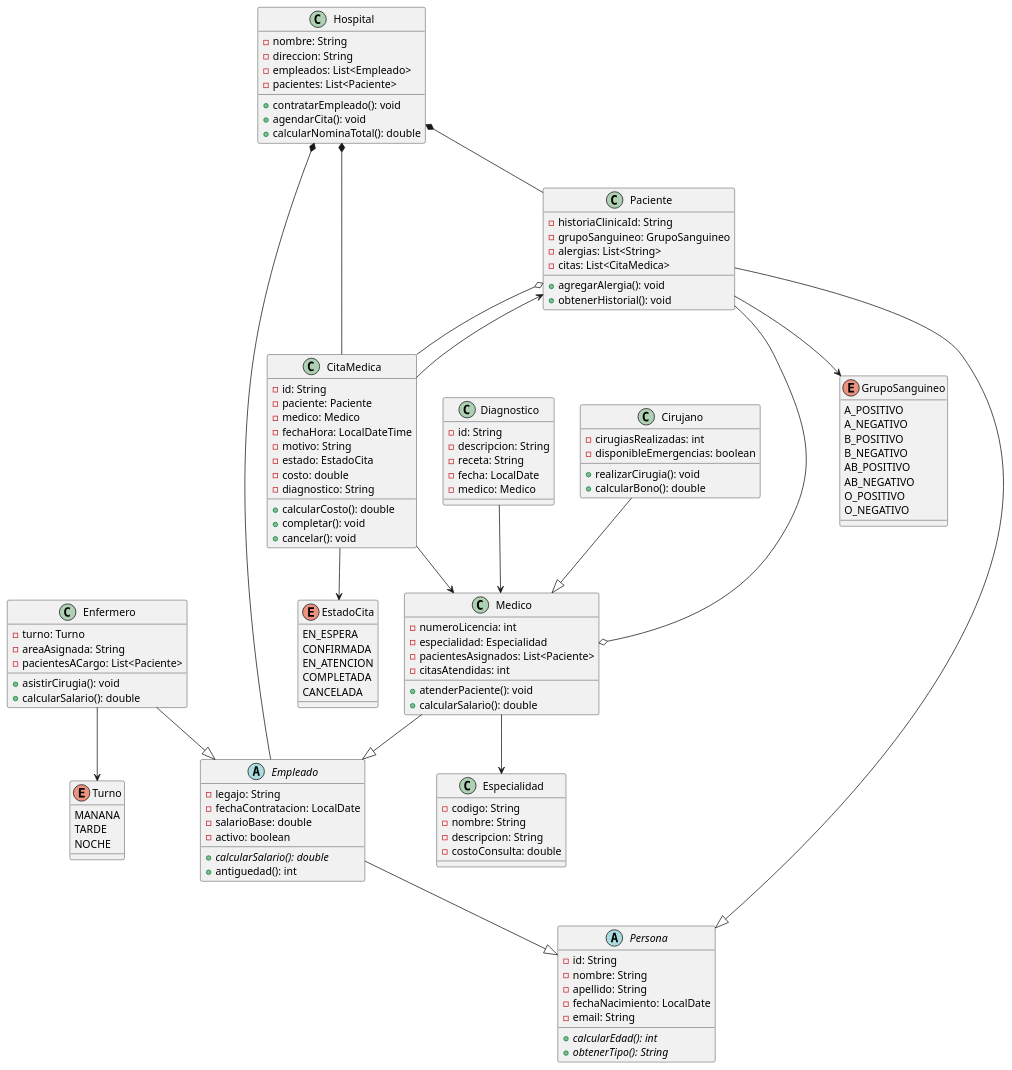
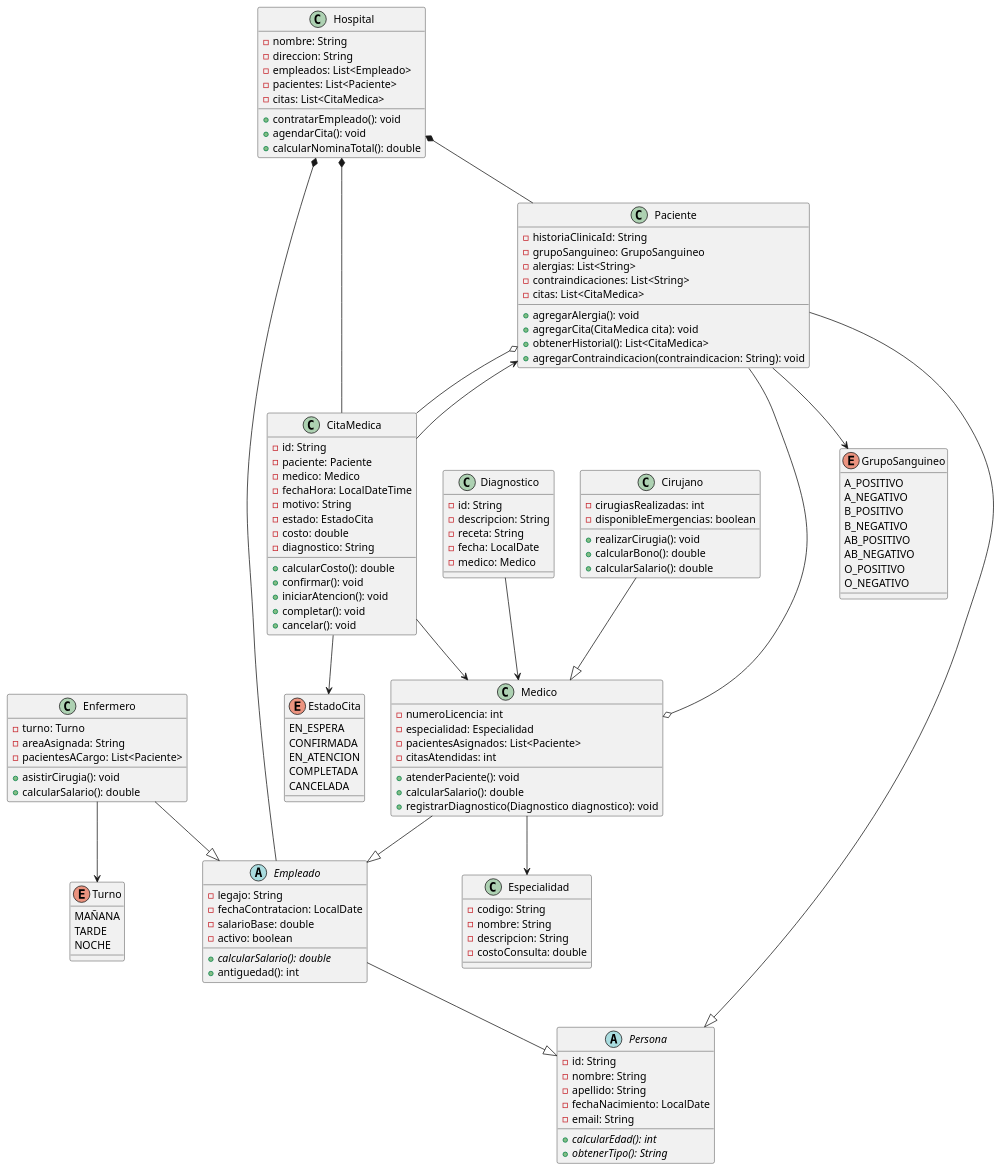
The diagram in docs/Clases.puml (EmmanuelAlmario/TallerProgramacion), drawn with PlantUML before and after one commit. The commit also changed 15 other files, not shown here.

Commit message:
Diagram of classes applied in code. finished homework.

```diff
--- a/docs/Clases.puml
+++ b/docs/Clases.puml
@@ -1,151 +1,159 @@
 @startuml
 enum GrupoSanguineo {
   A_POSITIVO
   A_NEGATIVO
   B_POSITIVO
   B_NEGATIVO
   AB_POSITIVO
   AB_NEGATIVO
   O_POSITIVO
   O_NEGATIVO
 }
 
 enum EstadoCita {
   EN_ESPERA
   CONFIRMADA
   EN_ATENCION
   COMPLETADA
   CANCELADA
 }
 
 enum Turno {
-  MANANA
+  MAÑANA
   TARDE
   NOCHE
 }
 
 abstract class Persona {
   -id: String
   -nombre: String
   -apellido: String
   -fechaNacimiento: LocalDate
   -email: String
 
   +{abstract} calcularEdad(): int
   +{abstract} obtenerTipo(): String
 }
 
 abstract class Empleado {
   -legajo: String
   -fechaContratacion: LocalDate
   -salarioBase: double
   -activo: boolean
 
   +{abstract} calcularSalario(): double
   +antiguedad(): int
 }
 
 class Paciente {
   -historiaClinicaId: String
   -grupoSanguineo: GrupoSanguineo
   -alergias: List<String>
+  -contraindicaciones: List<String>
   -citas: List<CitaMedica>
 
   +agregarAlergia(): void
-  +obtenerHistorial(): void
+  +agregarCita(CitaMedica cita): void
+  +obtenerHistorial(): List<CitaMedica>
+  +agregarContraindicacion(contraindicacion: String): void
 }
 
 class Medico {
   -numeroLicencia: int
   -especialidad: Especialidad
   -pacientesAsignados: List<Paciente>
   -citasAtendidas: int
 
   +atenderPaciente(): void
   +calcularSalario(): double
+  +registrarDiagnostico(Diagnostico diagnostico): void
 }
 
 class Cirujano {
   -cirugiasRealizadas: int
   -disponibleEmergencias: boolean
 
   +realizarCirugia(): void
   +calcularBono(): double
+  +calcularSalario(): double
 }
 
 class Enfermero {
   -turno: Turno
   -areaAsignada: String
   -pacientesACargo: List<Paciente>
 
   +asistirCirugia(): void
   +calcularSalario(): double
 }
 
 class Hospital {
   -nombre: String
   -direccion: String
   -empleados: List<Empleado>
   -pacientes: List<Paciente>
+  -citas: List<CitaMedica>
 
   +contratarEmpleado(): void
   +agendarCita(): void
   +calcularNominaTotal(): double
 }
 
 class CitaMedica {
   -id: String
   -paciente: Paciente
   -medico: Medico
   -fechaHora: LocalDateTime
   -motivo: String
   -estado: EstadoCita
   -costo: double
   -diagnostico: String
 
   +calcularCosto(): double
+  +confirmar(): void
+  +iniciarAtencion(): void
   +completar(): void
   +cancelar(): void
 }
 
 class Especialidad {
   -codigo: String
   -nombre: String
   -descripcion: String
   -costoConsulta: double
 }
 
 class Diagnostico {
   -id: String
   -descripcion: String
   -receta: String
   -fecha: LocalDate
   -medico: Medico
 }
 
 ' Herencia
 Empleado --|> Persona
 Paciente --|> Persona
 Medico --|> Empleado
 Cirujano --|> Medico
 Enfermero --|> Empleado
 
 ' Asociaciones
 Medico --> Especialidad
 CitaMedica --> Paciente
 CitaMedica --> Medico
 CitaMedica --> EstadoCita
 Diagnostico --> Medico
 Enfermero --> Turno
 Paciente --> GrupoSanguineo
 
 ' Composición
 Hospital *-- Empleado
 Hospital *-- Paciente
 Hospital *-- CitaMedica
 
 ' Agregación
 Paciente o-- CitaMedica
 Medico o-- Paciente
 
 @enduml
```
